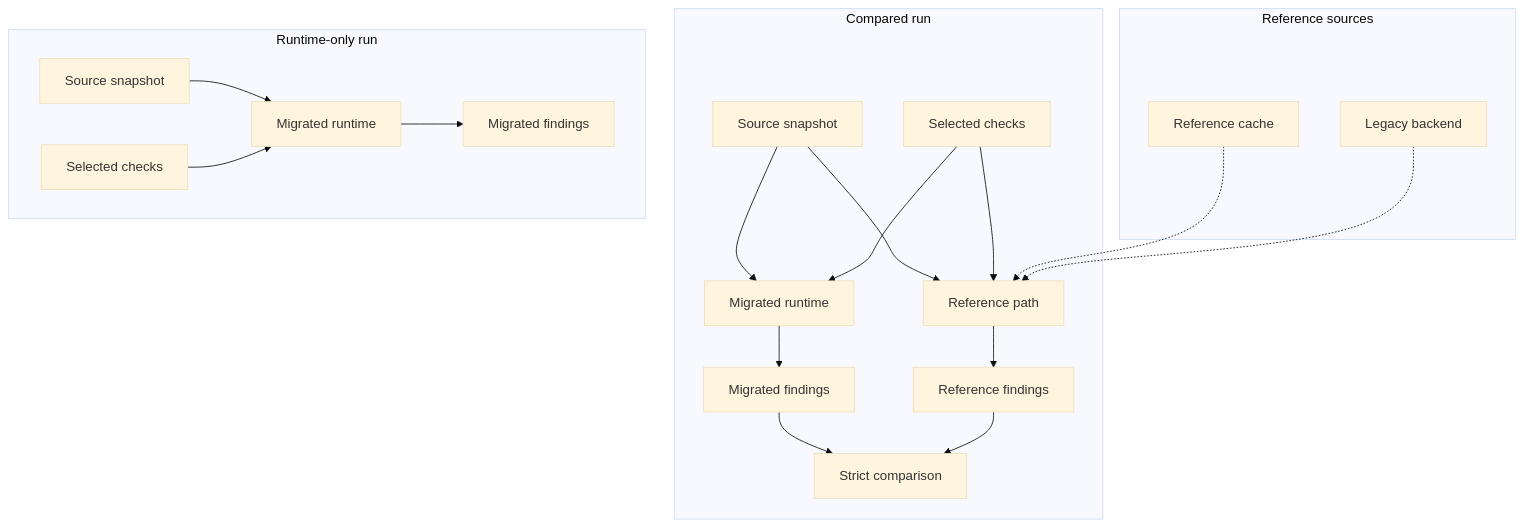
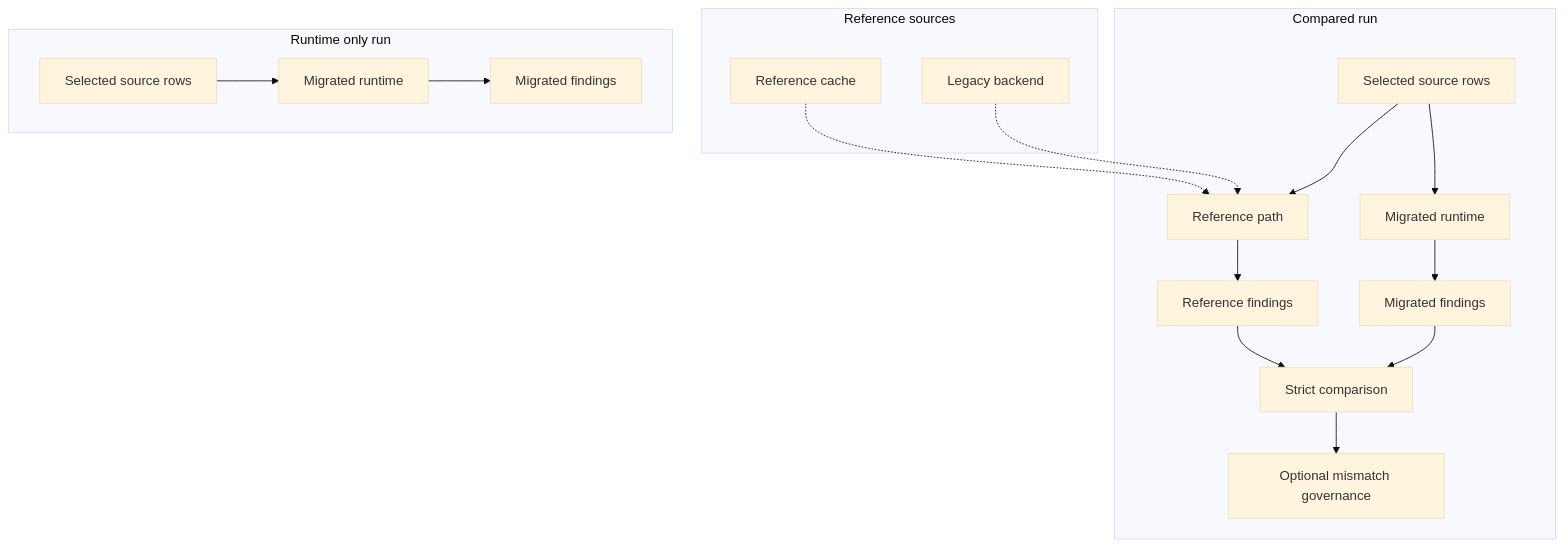
The diagram in docs/explanation/reference-data-and-parity.md (bobcorn/openfoodfacts-data-quality), drawn with Mermaid (base theme) before and after one commit. The commit also changed other lines of this file and 60 other files, not shown here.

````diff
--- a/docs/explanation/reference-data-and-parity.md
+++ b/docs/explanation/reference-data-and-parity.md
@@ -45,38 +44,34 @@
 ```mermaid
 flowchart TB
     subgraph COMP["Compared run"]
-        A["Source snapshot"]
-        B["Selected checks"]
+        A["Selected source rows"]
+        B["Reference path"]
         C["Migrated runtime"]
-        D["Reference path"]
+        D["Reference findings"]
         E["Migrated findings"]
-        F["Reference findings"]
-        G["Strict comparison"]
+        F["Strict comparison"]
+        G["Optional mismatch governance"]
+        A --> B
         A --> C
-        A --> D
-        B --> C
         B --> D
         C --> E
         D --> F
-        E --> G
+        E --> F
         F --> G
     end
 
     subgraph REF["Reference sources"]
         H["Reference cache"]
         I["Legacy backend"]
     end
 
-    H -.-> D
-    I -.-> D
+    H -.-> B
+    I -.-> B
 
-    subgraph RTO["Runtime-only run"]
-        J["Source snapshot"]
-        K["Selected checks"]
-        L["Migrated runtime"]
-        M["Migrated findings"]
-        J --> L
-        K --> L
-        L --> M
+    subgraph RTO["Runtime only run"]
+        J["Selected source rows"]
+        K["Migrated runtime"]
+        L["Migrated findings"]
+        J --> K --> L
     end
 ```
````
